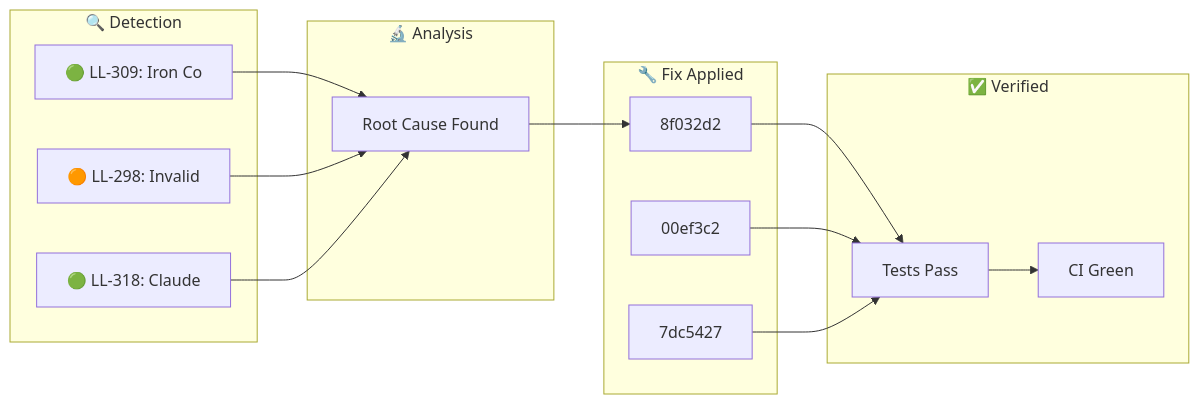
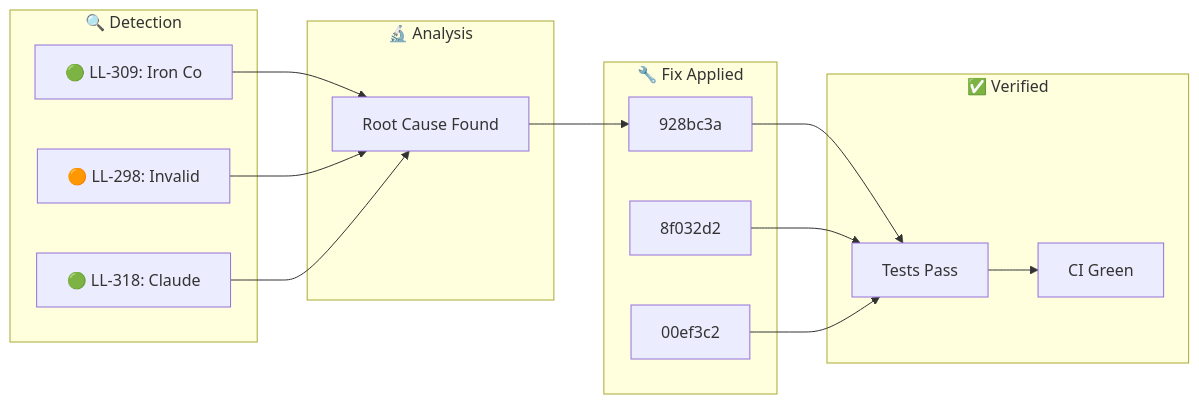
One commit to YoByron/trading changed the diagram in docs/_posts/2026-01-31-ralph-discovery.md. Above: the diagram before and after it, drawn with Mermaid. The commit also changed other lines of this file, not shown here.

Commit message:
docs(ralph): Auto-publish discovery blog post

````diff
--- a/docs/_posts/2026-01-31-ralph-discovery.md
+++ b/docs/_posts/2026-01-31-ralph-discovery.md
@@ -17,28 +17,28 @@
 ```mermaid
 flowchart LR
     subgraph Detection["🔍 Detection"]
         D1["🟢 LL-309: Iron Co"]
         D2["🟠 LL-298: Invalid"]
         D3["🟢 LL-318: Claude "]
     end
     subgraph Analysis["🔬 Analysis"]
         A1["Root Cause Found"]
     end
     subgraph Fix["🔧 Fix Applied"]
-        F1["8f032d2"]
-        F2["00ef3c2"]
-        F3["7dc5427"]
+        F1["928bc3a"]
+        F2["8f032d2"]
+        F3["00ef3c2"]
     end
     subgraph Verify["✅ Verified"]
         V1["Tests Pass"]
         V2["CI Green"]
     end
     D1 --> A1
     D2 --> A1
     D3 --> A1
     A1 --> F1
     F1 --> V1
     F2 --> V1
     F3 --> V1
     V1 --> V2
 ```
````
